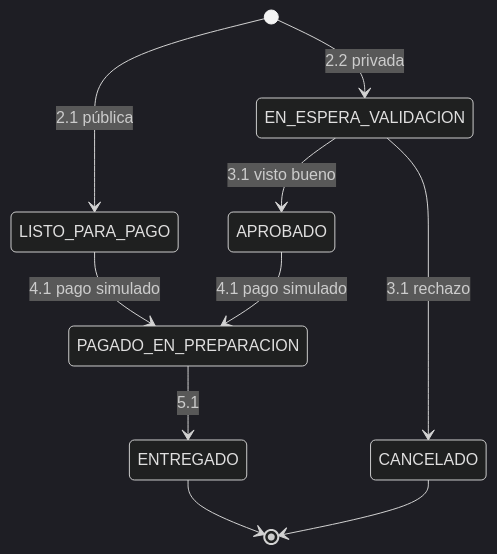
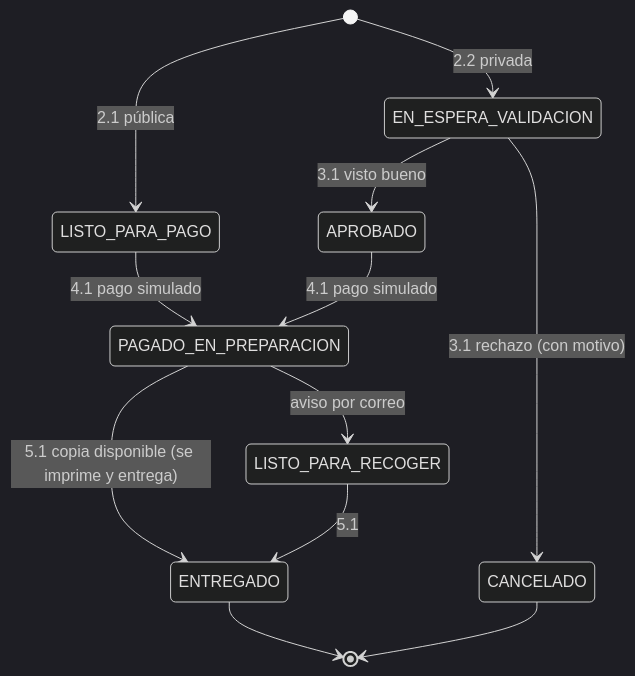
One commit to sij-utez-2026/sistema-judicial changed the second of 2 diagrams in docs/modulos/copias-certificadas.md. Above: the diagram before and after it, drawn with Mermaid (dark theme). The commit also changed other lines of this file and 70 other files, not shown here.

````diff
--- a/docs/modulos/copias-certificadas.md
+++ b/docs/modulos/copias-certificadas.md
@@ -117,12 +131,14 @@
 ```mermaid
 stateDiagram-v2
     [*] --> LISTO_PARA_PAGO: 2.1 pública
     [*] --> EN_ESPERA_VALIDACION: 2.2 privada
     EN_ESPERA_VALIDACION --> APROBADO: 3.1 visto bueno
-    EN_ESPERA_VALIDACION --> CANCELADO: 3.1 rechazo
+    EN_ESPERA_VALIDACION --> CANCELADO: 3.1 rechazo (con motivo)
     LISTO_PARA_PAGO --> PAGADO_EN_PREPARACION: 4.1 pago simulado
     APROBADO --> PAGADO_EN_PREPARACION: 4.1 pago simulado
-    PAGADO_EN_PREPARACION --> ENTREGADO: 5.1
+    PAGADO_EN_PREPARACION --> ENTREGADO: 5.1 copia disponible (se imprime y entrega)
+    PAGADO_EN_PREPARACION --> LISTO_PARA_RECOGER: aviso por correo
+    LISTO_PARA_RECOGER --> ENTREGADO: 5.1
     ENTREGADO --> [*]
     CANCELADO --> [*]
 ```
````
